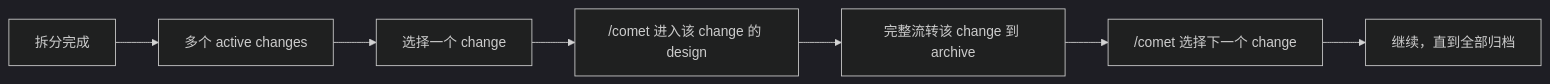
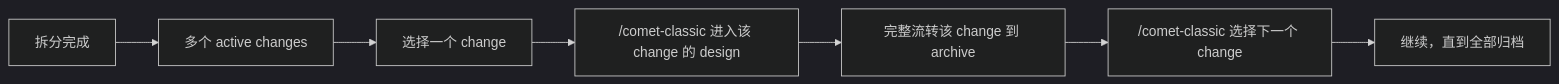
One commit to rpamis/comet-website-docs changed the second of 2 diagrams in zh/guides/prd-splitting.mdx. Above: the diagram before and after it, drawn with Mermaid (dark theme). The commit also changed other lines of this file and 65 other files, not shown here.

````diff
--- a/zh/guides/prd-splitting.mdx
+++ b/zh/guides/prd-splitting.mdx
@@ -96,9 +96,9 @@
 ```mermaid
 flowchart LR
   A["拆分完成"] --> B["多个 active changes"]
   B --> C["选择一个 change"]
-  C --> D["/comet 进入该 change 的 design"]
+  C --> D["/comet-classic 进入该 change 的 design"]
   D --> E["完整流转该 change 到 archive"]
-  E --> F["/comet 选择下一个 change"]
+  E --> F["/comet-classic 选择下一个 change"]
   F --> G["继续，直到全部归档"]
 ```
````
